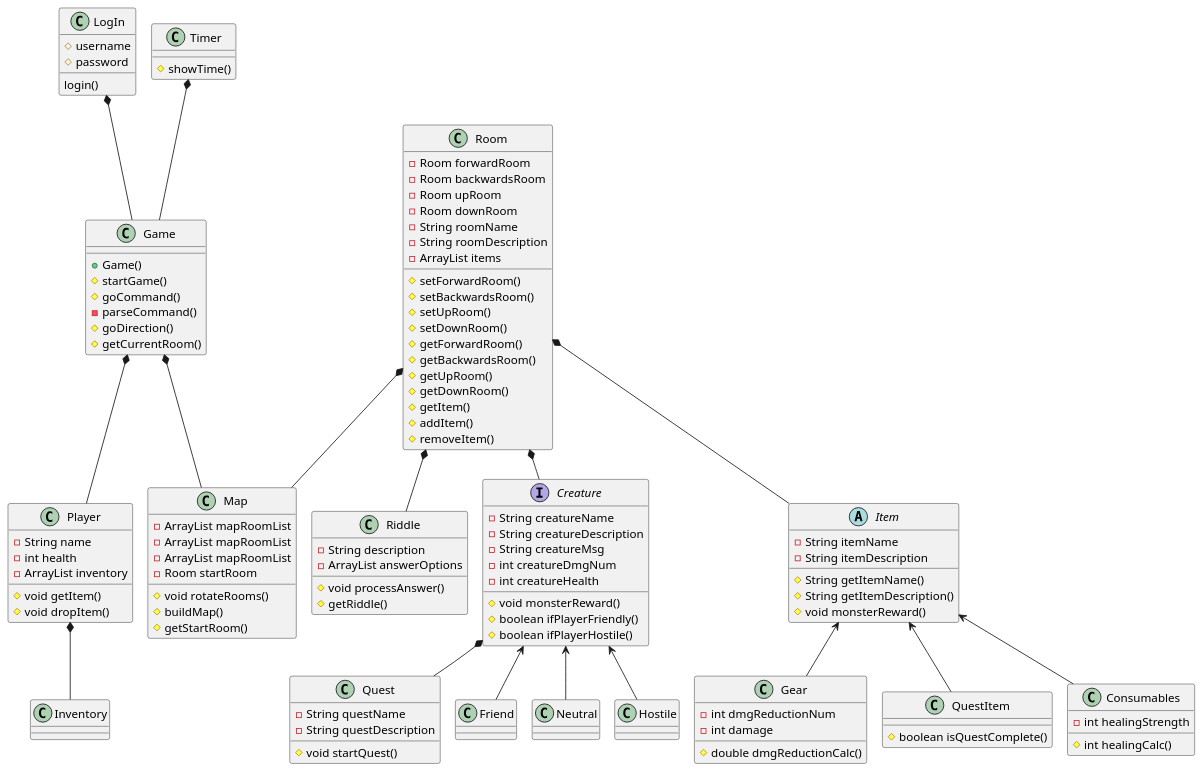
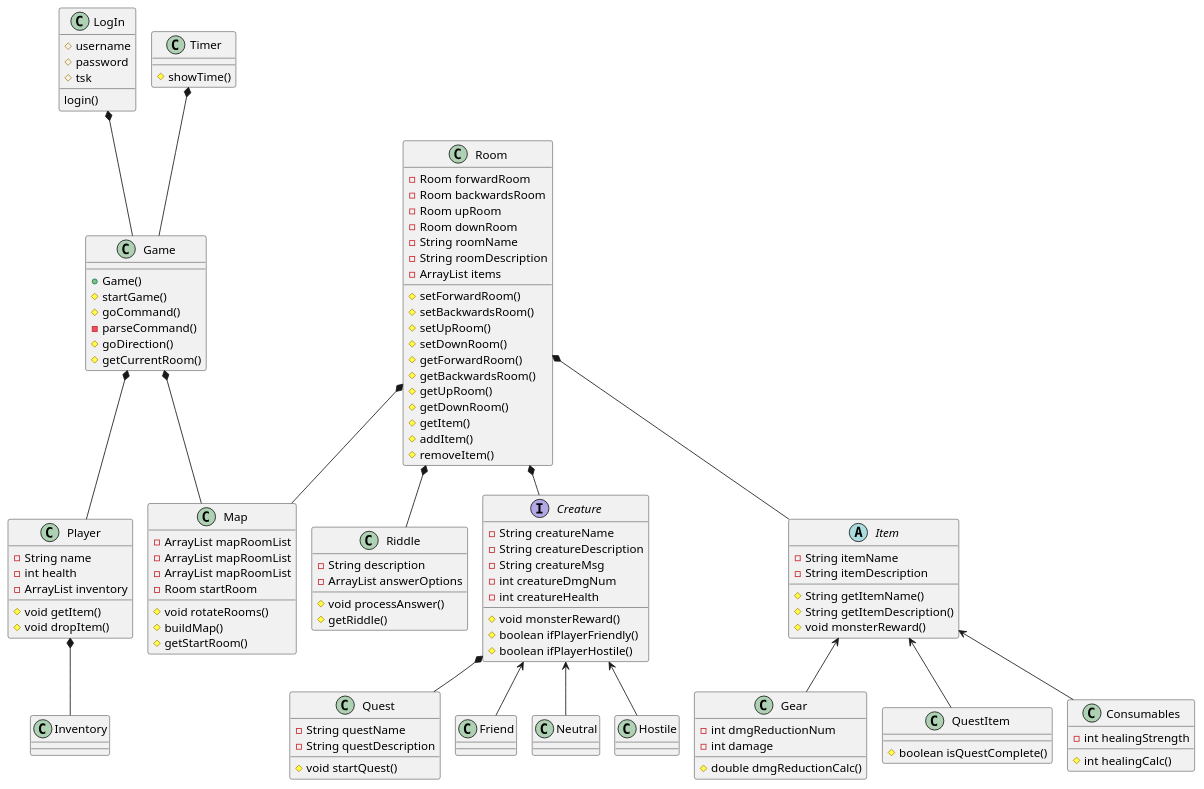
One commit to Linus-llm/SP4_LinusAndreasOlivia changed the diagram in StarCathedral/doc/DomainModel.puml. Above: the diagram before and after it, drawn with PlantUML.

```diff
--- a/StarCathedral/doc/DomainModel.puml
+++ b/StarCathedral/doc/DomainModel.puml
@@ -1,133 +1,133 @@
 @startuml
 !pragma layout smetana
 'https://plantuml.com/class-diagram
 
 class LogIn {
 #username
 #password
-
+#tsk
 login()
 }
 class Riddle{
 -String description
 -ArrayList answerOptions
 #void processAnswer()
 #getRiddle()
 }
 
 class Quest{
 -String questName
 -String questDescription
 #void startQuest()
 }
 
 class Timer{
 #showTime()
 }
 class Game{
 +Game()
 #startGame()
 #goCommand()
 -parseCommand()
 #goDirection()
 #getCurrentRoom()
 }
 class Player{
 -String name
 -int health
 -ArrayList inventory
 #void getItem()
 #void dropItem()
 }
 
 
 class Inventory
 class Map {
 -ArrayList mapRoomList
 -ArrayList mapRoomList
 -ArrayList mapRoomList
 -Room startRoom
 #void rotateRooms()
 #buildMap()
 #getStartRoom()
 
 }
 class Room {
 -Room forwardRoom
 -Room backwardsRoom
 -Room upRoom
 -Room downRoom
 -String roomName
 -String roomDescription
 -ArrayList items
 #setForwardRoom()
 #setBackwardsRoom()
 #setUpRoom()
 #setDownRoom()
 #getForwardRoom()
 #getBackwardsRoom()
 #getUpRoom()
 #getDownRoom()
 #getItem()
 #addItem()
 #removeItem()
 
 }
 interface Creature {
 -String creatureName
 -String creatureDescription
 -String creatureMsg
 -int creatureDmgNum
 -int creatureHealth
 #void monsterReward()
 #boolean ifPlayerFriendly()
 #boolean ifPlayerHostile()
 
 }
 class Friend {
 }
 class Neutral
 class Hostile
 abstract class Item{
 -String itemName
 -String itemDescription
 # String getItemName()
 #String getItemDescription()
 #void monsterReward()
 }
 class Gear {
 - int dmgReductionNum
 - int damage
 # double dmgReductionCalc()
 }
 class QuestItem {
 #boolean isQuestComplete()
 }
 class Consumables{
 -int healingStrength
 # int healingCalc()
 
 }
 
 
 Timer*--Game
 LogIn*--Game
 Game*--Player
 Player*--Inventory
 Game*--Map
 Room*--Map
 Room*--Item
 Room*--Creature
 Room*-- Riddle
 Creature<--Friend
 Creature<--Neutral
 Creature<--Hostile
 Creature *-- Quest
 Item<--Gear
 Item<--Consumables
 Item<--QuestItem
 
 
 
 
 @enduml
```
